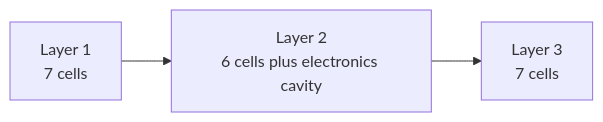
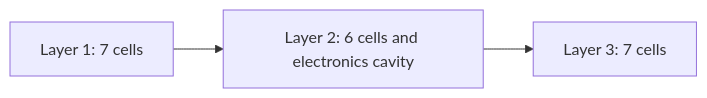
Before and after one commit to tspreck/ferrous-drive: the second of 6 diagrams in docs/battery_design.md, drawn with Mermaid. The commit also changed other lines of this file, not shown here.

````diff
--- a/docs/battery_design.md
+++ b/docs/battery_design.md
@@ -310,9 +438,9 @@
 ```mermaid
 flowchart LR
-    L1[Layer 1<br/>7 cells]
-    L2[Layer 2<br/>6 cells plus electronics cavity]
-    L3[Layer 3<br/>7 cells]
+    L1["Layer 1: 7 cells"]
+    L2["Layer 2: 6 cells and electronics cavity"]
+    L3["Layer 3: 7 cells"]
 
     L1 --> L2
     L2 --> L3
 ```
````
